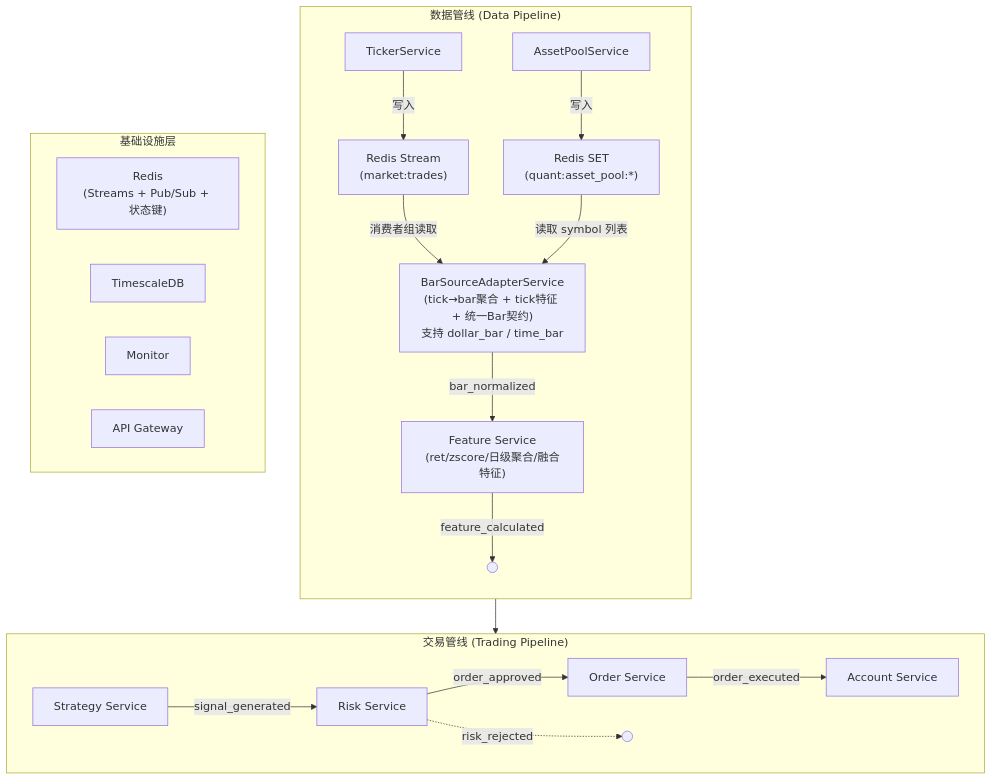
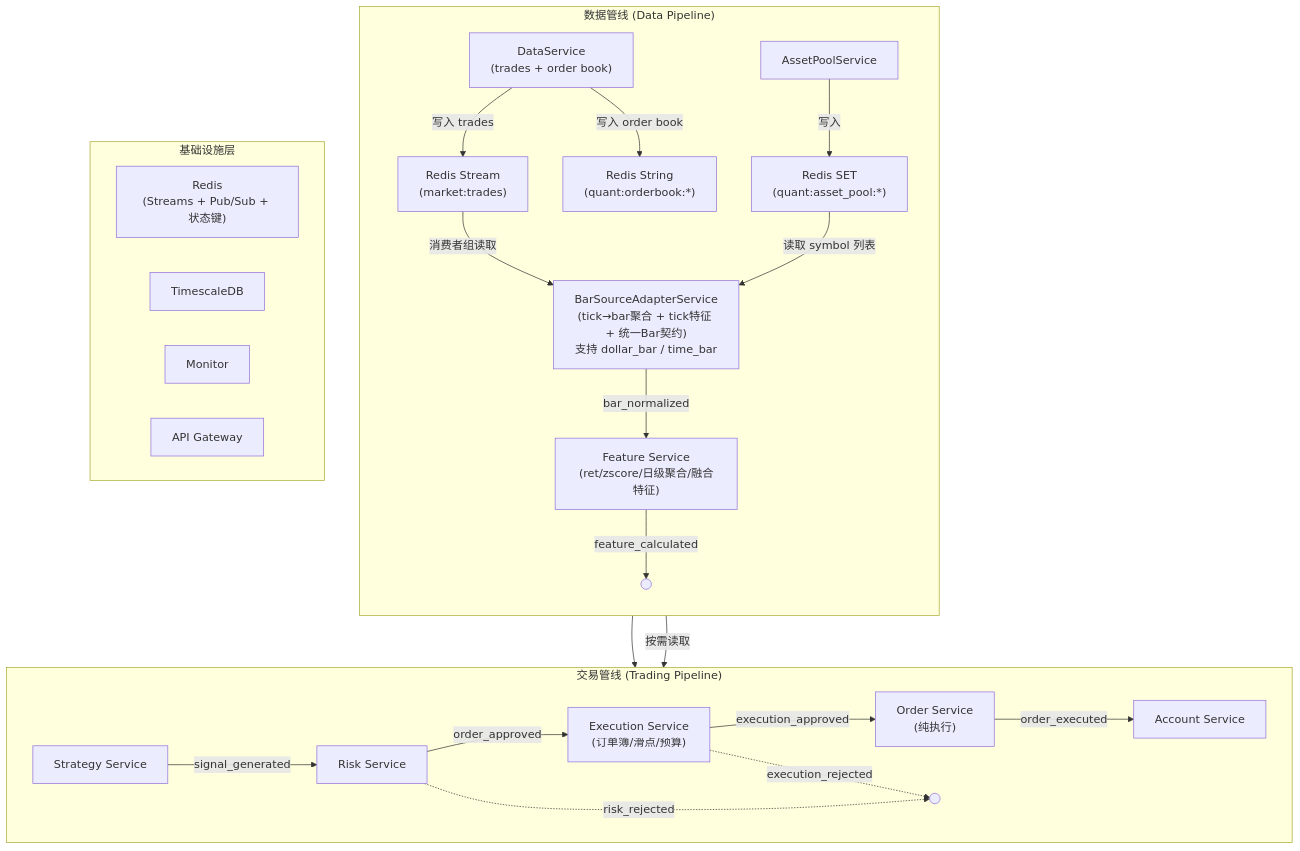
The first of 5 diagrams in content/architecture/index.md (DragonQuantt/docs), drawn with Mermaid before and after one commit. The commit also changed other lines of this file and 3 other files, not shown here.

Commit message:
Refactor documentation to replace TickerService with DataService.

````diff
--- a/content/architecture/index.md
+++ b/content/architecture/index.md
@@ -36,29 +36,33 @@
 ```mermaid
 flowchart TD
     subgraph dataPipeline ["数据管线 (Data Pipeline)"]
         direction TB
-        TickerSvc["TickerService"] -->|"写入"| RedisStream["Redis Stream\n(market:trades)"]
+        DataSvc["DataService\n(trades + order book)"] -->|"写入 trades"| RedisStream["Redis Stream\n(market:trades)"]
+        DataSvc -->|"写入 order book"| RedisOrderbook["Redis String\n(quant:orderbook:*)"]
         AssetPoolSvc["AssetPoolService"] -->|"写入"| RedisSet["Redis SET\n(quant:asset_pool:*)"]
         RedisStream -->|"消费者组读取"| BarAdapter["BarSourceAdapterService\n(tick→bar聚合 + tick特征 + 统一Bar契约)\n支持 dollar_bar / time_bar"]
         RedisSet -->|"读取 symbol 列表"| BarAdapter
         BarAdapter -->|bar_normalized| FeatureService["Feature Service\n(ret/zscore/日级聚合/融合特征)"]
         FeatureService -->|feature_calculated| outputData((" "))
     end
 
     subgraph tradingPipeline ["交易管线 (Trading Pipeline)"]
         direction LR
         StrategyService["Strategy Service"] -->|signal_generated| RiskService["Risk Service"]
-        RiskService -->|order_approved| OrderService["Order Service"]
+        RiskService -->|order_approved| ExecutionService["Execution Service\n(订单簿/滑点/预算)"]
+        ExecutionService -->|execution_approved| OrderService["Order Service\n(纯执行)"]
         RiskService -.->|risk_rejected| AlertPath((" "))
+        ExecutionService -.->|execution_rejected| AlertPath
         OrderService -->|order_executed| AccountService["Account Service"]
     end
 
     subgraph infra ["基础设施层"]
         Redis["Redis\n(Streams + Pub/Sub + 状态键)"]
         TimescaleDB["TimescaleDB"]
         Monitor["Monitor"]
         APIGateway["API Gateway"]
     end
 
     outputData --> StrategyService
+    RedisOrderbook -->|"按需读取"| ExecutionService
 ```
````
